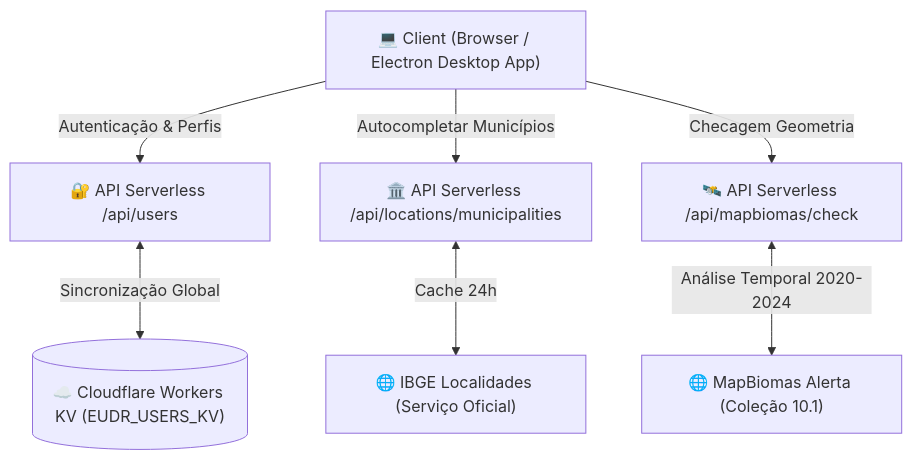
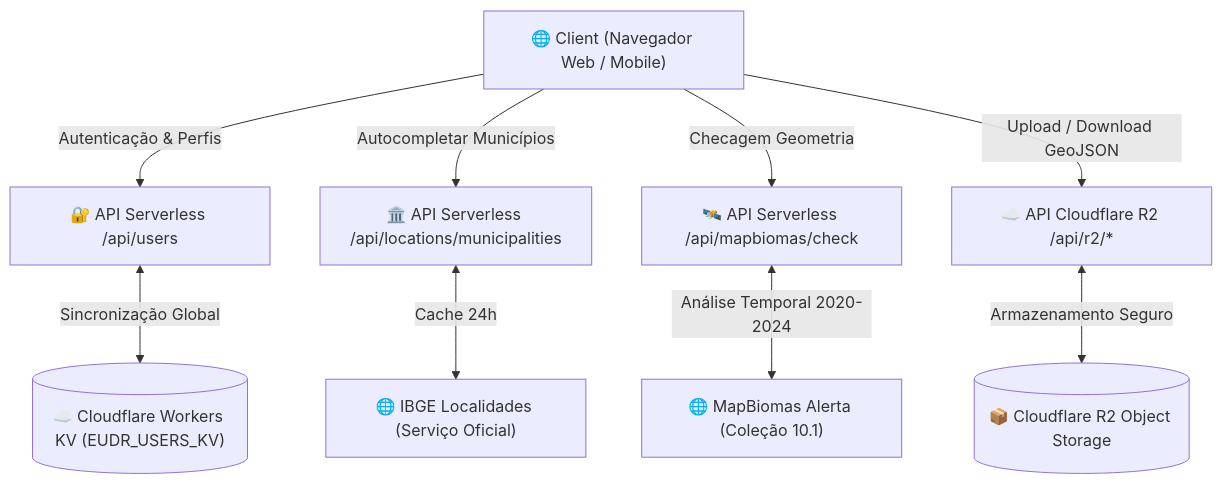
Before and after one commit to joaomatos-faf/EUDRFAF: the first of 2 diagrams in README.md, drawn with Mermaid. The commit also changed other lines of this file and 8 other files, not shown here.

Commit message:
chore(cleanup): remove Electron desktop build configs, icons and packaging scripts

````diff
--- a/README.md
+++ b/README.md
@@ -15,18 +15,22 @@
 ```mermaid
 graph TD
-    Client["💻 Client (Browser / Electron Desktop App)"]
+    Client["🌐 Client (Navegador Web / Mobile)"]
     API_Users["🔐 API Serverless /api/users"]
     API_IBGE["🏛️ API Serverless /api/locations/municipalities"]
     API_MapBiomas["🛰️ API Serverless /api/mapbiomas/check"]
+    API_R2["☁️ API Cloudflare R2 /api/r2/*"]
     CloudflareKV[("☁️ Cloudflare Workers KV (EUDR_USERS_KV)")]
+    R2_Bucket[("📦 Cloudflare R2 Object Storage")]
     IBGE_Service["🌐 IBGE Localidades (Serviço Oficial)"]
     MapBiomas_Service["🌐 MapBiomas Alerta (Coleção 10.1)"]
 
     Client -->|Autenticação & Perfis| API_Users
     Client -->|Autocompletar Municípios| API_IBGE
     Client -->|Checagem Geometria| API_MapBiomas
+    Client -->|Upload / Download GeoJSON| API_R2
 
     API_Users <-->|Sincronização Global| CloudflareKV
+    API_R2 <-->|Armazenamento Seguro| R2_Bucket
     API_IBGE <-->|Cache 24h| IBGE_Service
     API_MapBiomas <-->|Análise Temporal 2020-2024| MapBiomas_Service
 ```
````
